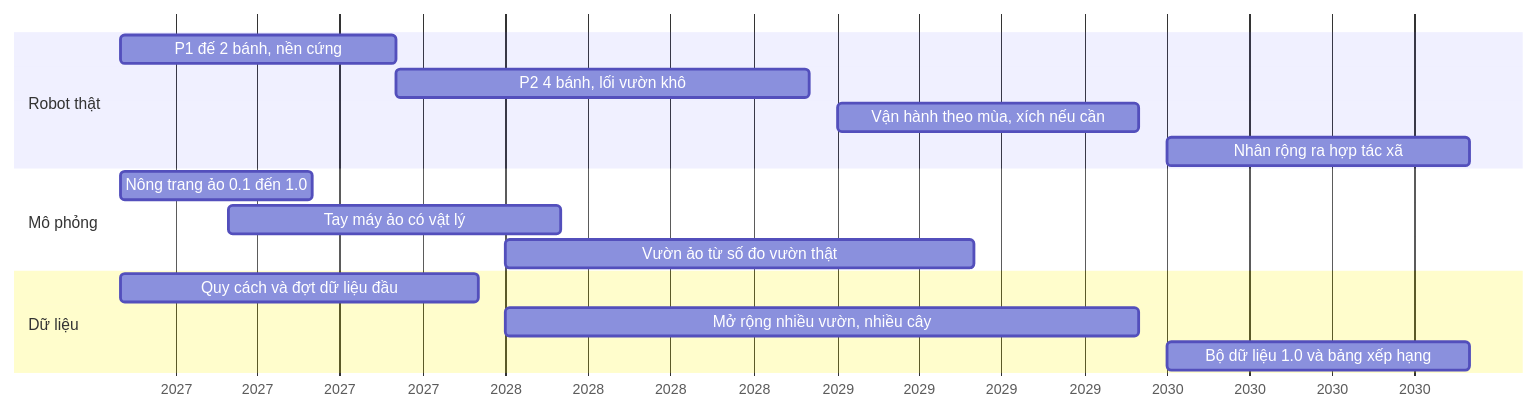
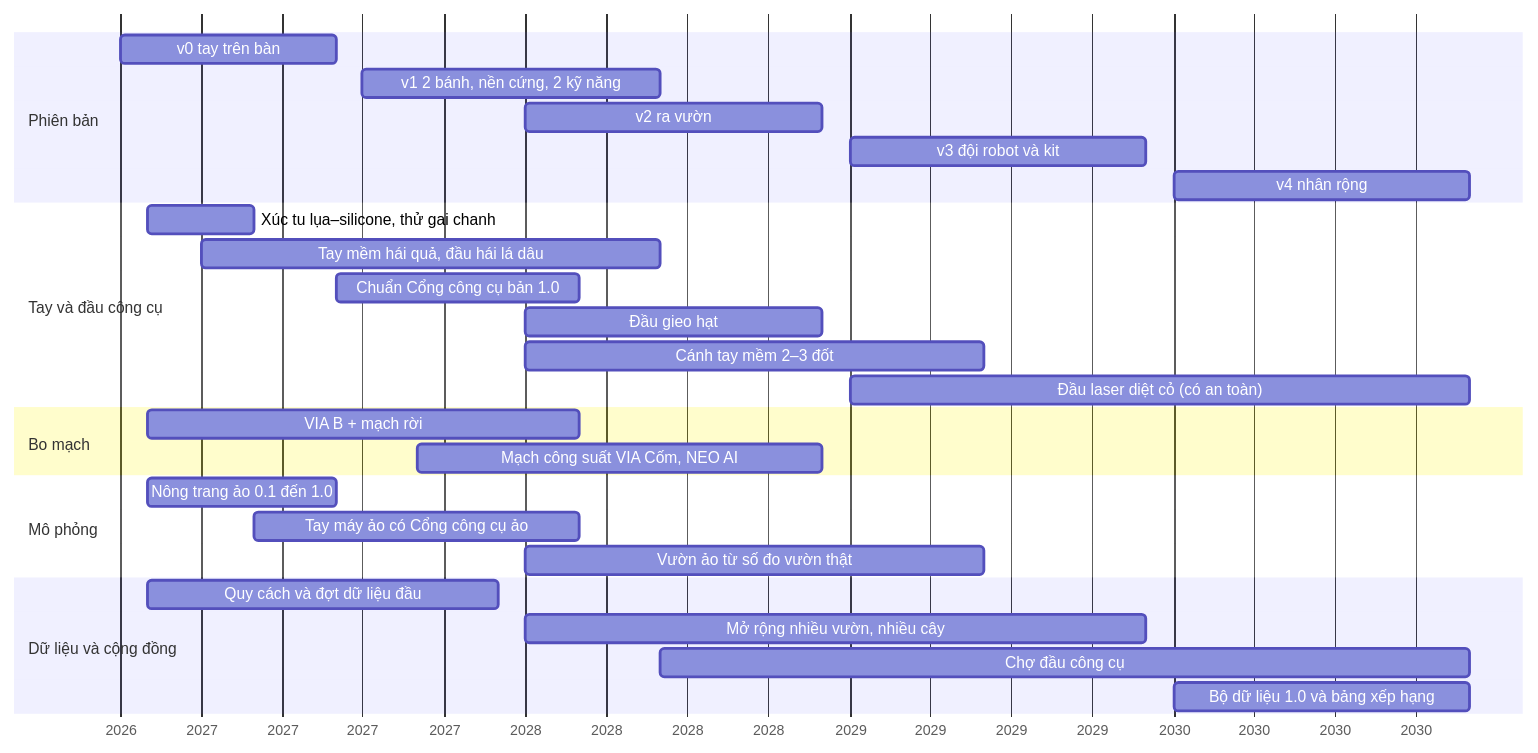
One commit to makerviet/Via-c-ai-robot changed the diagram in docs/ROADMAP-2026-2030.md. Above: the diagram before and after it, drawn with Mermaid. The commit also changed other lines of this file and 4 other files, not shown here.

First line of the commit message:
Roadmap và kiến trúc: bổ sung đủ ý từ tài liệu định hướng

````diff
--- a/docs/ROADMAP-2026-2030.md
+++ b/docs/ROADMAP-2026-2030.md
@@ -16,18 +32,30 @@
 ```mermaid
 gantt
     dateFormat YYYY-MM
     axisFormat %Y
-    section Robot thật
-    P1 đế 2 bánh, nền cứng            :2026-11, 2027-09
-    P2 4 bánh, lối vườn khô           :2027-09, 2028-12
-    Vận hành theo mùa, xích nếu cần   :2029-01, 2029-12
-    Nhân rộng ra hợp tác xã           :2030-01, 2030-12
+    section Phiên bản
+    v0 tay trên bàn                    :2026-10, 2027-06
+    v1 2 bánh, nền cứng, 2 kỹ năng     :2027-07, 2028-06
+    v2 ra vườn                         :2028-01, 2028-12
+    v3 đội robot và kit                :2029-01, 2029-12
+    v4 nhân rộng                       :2030-01, 2030-12
+    section Tay và đầu công cụ
+    Xúc tu lụa–silicone, thử gai chanh :2026-11, 2027-03
+    Tay mềm hái quả, đầu hái lá dâu    :2027-01, 2028-06
+    Chuẩn Cổng công cụ bản 1.0         :2027-06, 2028-03
+    Đầu gieo hạt                       :2028-01, 2028-12
+    Cánh tay mềm 2–3 đốt               :2028-01, 2029-06
+    Đầu laser diệt cỏ (có an toàn)     :2029-01, 2030-12
+    section Bo mạch
+    VIA B + mạch rời                   :2026-11, 2028-03
+    Mạch công suất VIA Cốm, NEO AI      :2027-09, 2028-12
     section Mô phỏng
-    Nông trang ảo 0.1 đến 1.0         :2026-11, 2027-06
-    Tay máy ảo có vật lý              :2027-03, 2028-03
-    Vườn ảo từ số đo vườn thật        :2028-01, 2029-06
-    section Dữ liệu
-    Quy cách và đợt dữ liệu đầu       :2026-11, 2027-12
-    Mở rộng nhiều vườn, nhiều cây     :2028-01, 2029-12
-    Bộ dữ liệu 1.0 và bảng xếp hạng   :2030-01, 2030-12
+    Nông trang ảo 0.1 đến 1.0          :2026-11, 2027-06
+    Tay máy ảo có Cổng công cụ ảo      :2027-03, 2028-03
+    Vườn ảo từ số đo vườn thật         :2028-01, 2029-06
+    section Dữ liệu và cộng đồng
+    Quy cách và đợt dữ liệu đầu        :2026-11, 2027-12
+    Mở rộng nhiều vườn, nhiều cây      :2028-01, 2029-12
+    Chợ đầu công cụ                    :2028-06, 2030-12
+    Bộ dữ liệu 1.0 và bảng xếp hạng    :2030-01, 2030-12
 ```
````
